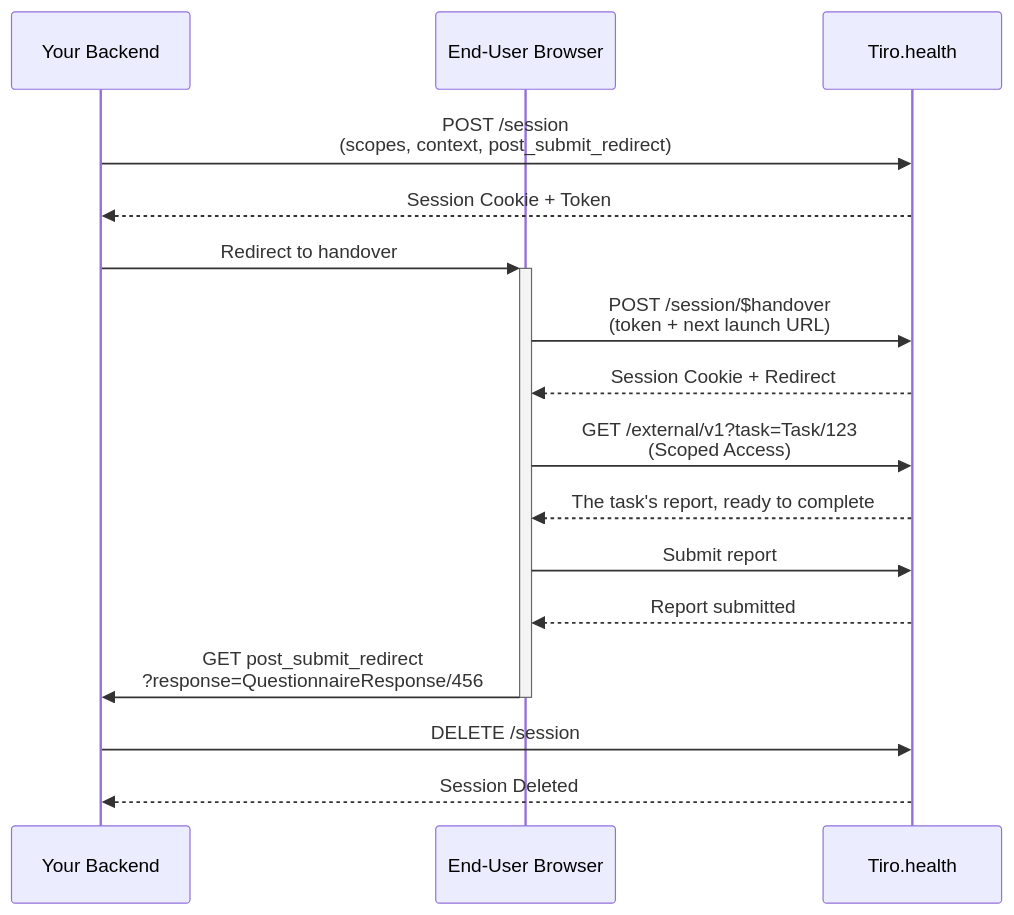
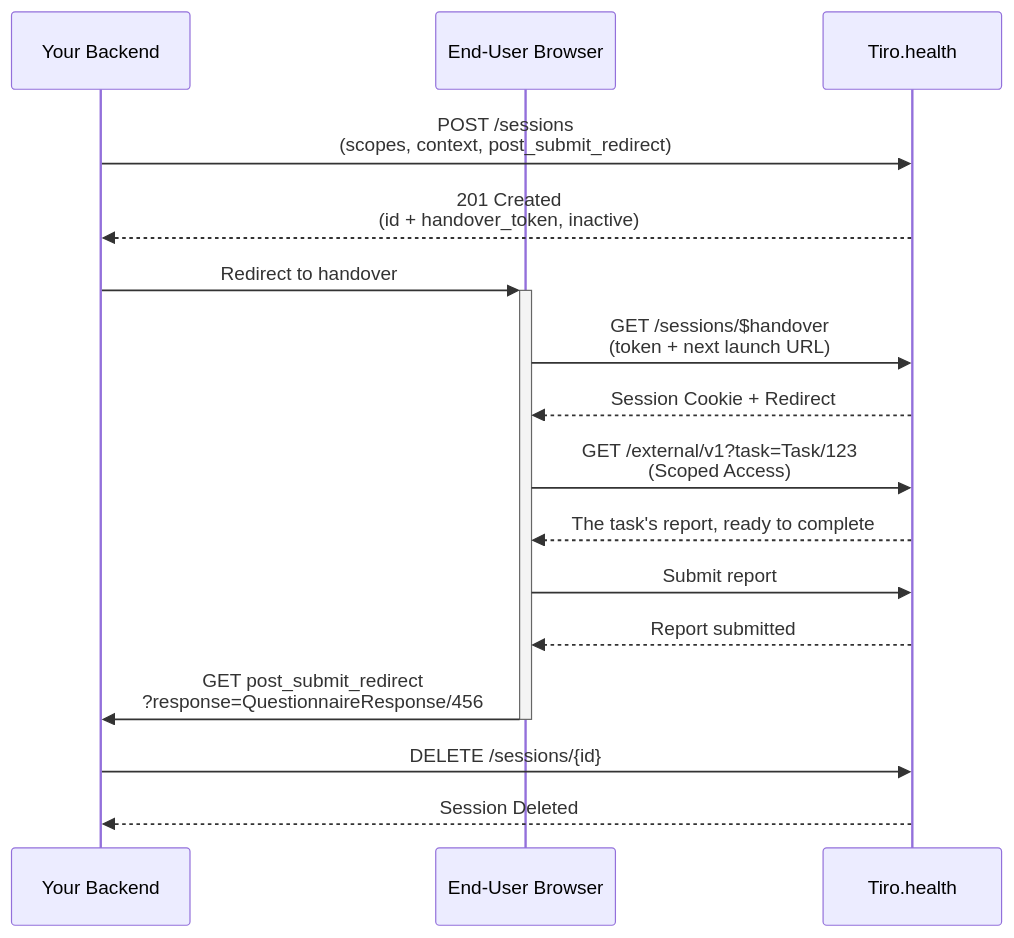
One commit to Tiro-health/atticus-docs changed the diagram in src/app/api/session-management/page.mdx. Above: the diagram before and after it, drawn with Mermaid. The commit also changed other lines of this file and 4 other files, not shown here.

First line of the commit message:
docs: migrate session docs to the /sessions API (#75)

````diff
--- a/src/app/api/session-management/page.mdx
+++ b/src/app/api/session-management/page.mdx
@@ -55,19 +74,19 @@
 ```mermaid
 sequenceDiagram
     participant Backend as Your Backend
     participant Browser as End-User Browser
     participant Tiro as Tiro.health
 
-    Backend->>Tiro: POST /session<br/>(scopes, context, post_submit_redirect)
-    Tiro-->>Backend: Session Cookie + Token
+    Backend->>Tiro: POST /sessions<br/>(scopes, context, post_submit_redirect)
+    Tiro-->>Backend: 201 Created<br/>(id + handover_token, inactive)
     Backend->>+Browser: Redirect to handover
-    Browser->>Tiro: POST /session/$handover<br/>(token + next launch URL)
+    Browser->>Tiro: GET /sessions/$handover<br/>(token + next launch URL)
     Tiro-->>Browser: Session Cookie + Redirect
     Browser->>Tiro: GET /external/v1?task=Task/123<br/>(Scoped Access)
     Tiro-->>Browser: The task's report, ready to complete
     Browser->>Tiro: Submit report
     Tiro-->>Browser: Report submitted
     Browser->>-Backend: GET post_submit_redirect<br/>?response=QuestionnaireResponse/456
-    Backend->>Tiro: DELETE /session
+    Backend->>Tiro: DELETE /sessions/{id}
     Tiro-->>Backend: Session Deleted
 ```
````
